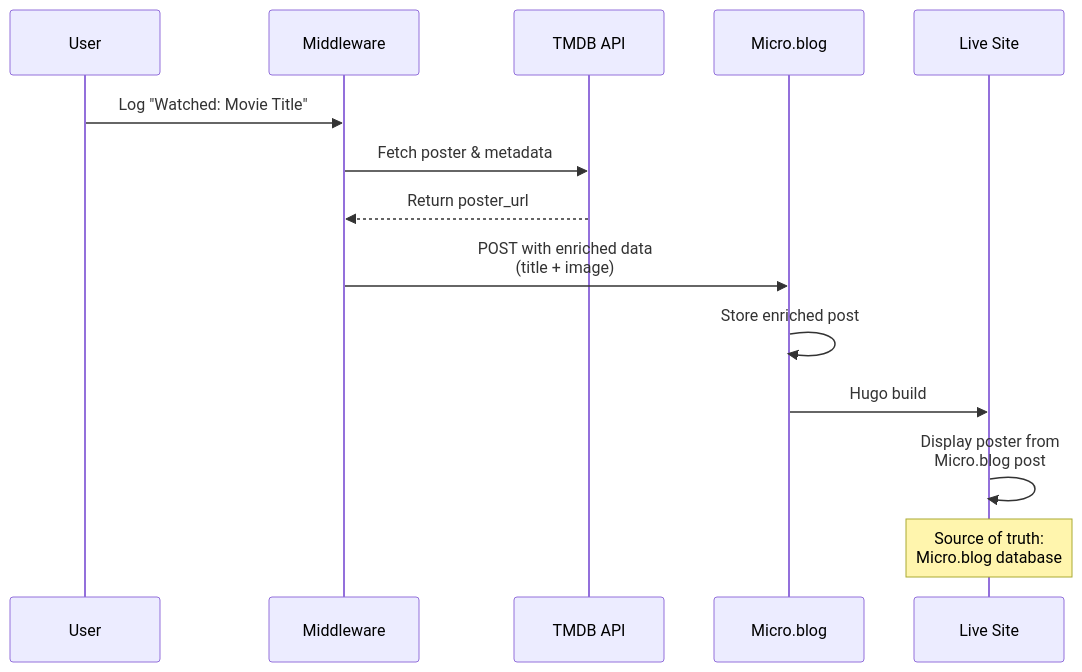
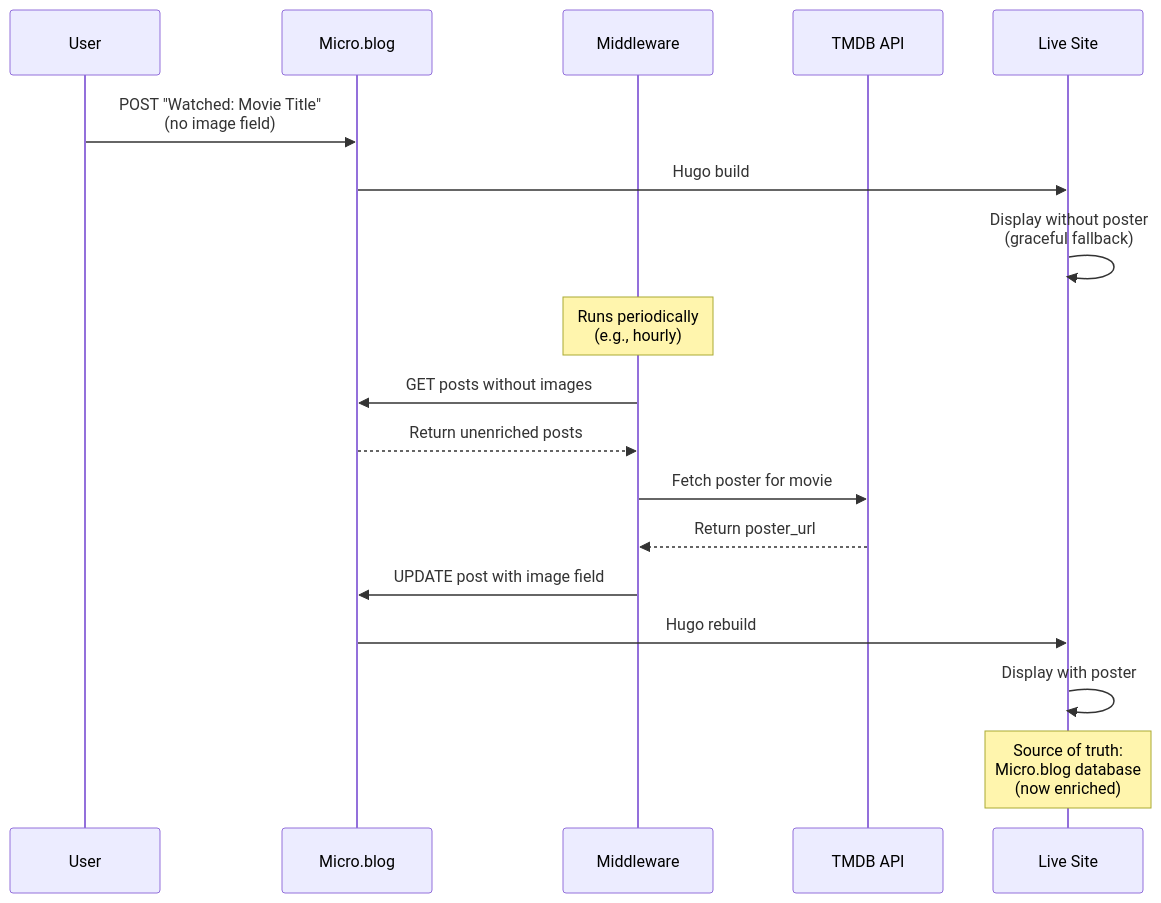
One commit to rocksoup/mbtheme changed diagram 15 of 32 in SYSTEM_DOCUMENTATION.md. Above: the diagram before and after it, drawn with Mermaid. The commit also changed other lines of this file, not shown here.

First line of the commit message:
Document post-facto enrichment workflow

````diff
--- a/SYSTEM_DOCUMENTATION.md
+++ b/SYSTEM_DOCUMENTATION.md
@@ -907,18 +931,24 @@
 ```mermaid
 sequenceDiagram
     participant User
+    participant MB as Micro.blog
     participant MW as Middleware
     participant TMDB as TMDB API
-    participant MB as Micro.blog
     participant Site as Live Site
 
-    User->>MW: Log "Watched: Movie Title"
-    MW->>TMDB: Fetch poster & metadata
+    User->>MB: POST "Watched: Movie Title"<br/>(no image field)
+    MB->>Site: Hugo build
+    Site->>Site: Display without poster<br/>(graceful fallback)
+
+    Note over MW: Runs periodically<br/>(e.g., hourly)
+
+    MW->>MB: GET posts without images
+    MB-->>MW: Return unenriched posts
+    MW->>TMDB: Fetch poster for movie
     TMDB-->>MW: Return poster_url
-    MW->>MB: POST with enriched data<br/>(title + image)
-    MB->>MB: Store enriched post
-    MB->>Site: Hugo build
-    Site->>Site: Display poster from<br/>Micro.blog post
+    MW->>MB: UPDATE post with image field
+    MB->>Site: Hugo rebuild
+    Site->>Site: Display with poster
 
-    Note over Site: Source of truth:<br/>Micro.blog database
+    Note over Site: Source of truth:<br/>Micro.blog database<br/>(now enriched)
 ```
````
